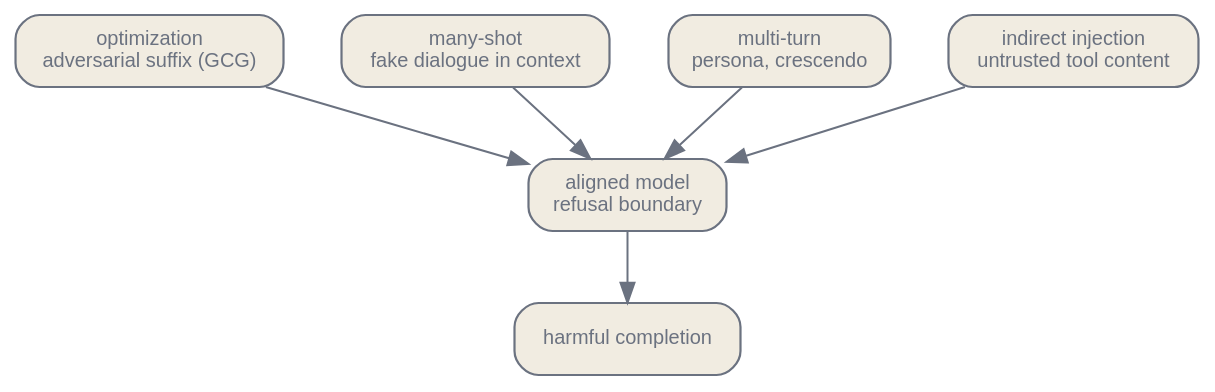
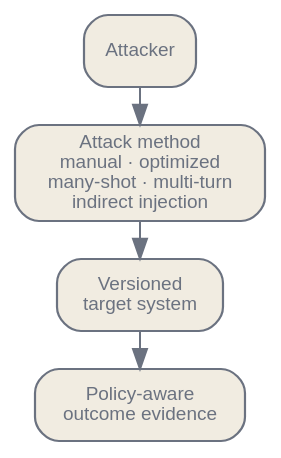
Before and after one commit to latere-ai/ai-as-an-infrastructure: the first of 2 diagrams in en/safety/05-adversarial-robustness.qmd, drawn with Graphviz. The commit also changed other lines of this file and 4 other files, not shown here.

````diff
--- a/en/safety/05-adversarial-robustness.qmd
+++ b/en/safety/05-adversarial-robustness.qmd
@@ -35,24 +78,20 @@
 ```{dot}
-//| label: fig-adv-taxonomy
-//| fig-cap: "Four jailbreak families, grouped by what each exploits. Optimization attacks search token space directly; many-shot attacks exploit the long-context window; multi-turn attacks exploit conversational state; indirect injection exploits the open input channel of a tool-using agent. Defenses below address different families, and none covers all four."
+//| label: fig-adv-attack-surfaces
+//| fig-cap: "Representative adversarial surfaces. The mechanisms can be combined, and prompt injection has a different objective from a jailbreak: it tries to make untrusted data control the application."
 digraph {
   bgcolor="transparent";
   rankdir=TB;
-  nodesep=0.4; ranksep=0.5;
-  node [shape=box, style="rounded,filled", fontname="Helvetica", fontsize=10, color="#6b7280", fontcolor="#6b7280", fillcolor="#f1ece1", penwidth=1.1];
-  edge [fontsize=10, fontname="Helvetica", color="#6b7280", fontcolor="#6b7280"];
+  nodesep=0.18; ranksep=0.26;
+  node [shape=box, style="rounded,filled", fontname="Helvetica", fontsize=9.5, color="#6b7280", fontcolor="#6b7280", fillcolor="#f1ece1", penwidth=1.1];
+  edge [fontsize=8.5, fontname="Helvetica", color="#6b7280", fontcolor="#6b7280"];
 
-  M [label="aligned model\nrefusal boundary"];
-  O [label="optimization\nadversarial suffix (GCG)"];
-  MS [label="many-shot\nfake dialogue in context"];
-  MT [label="multi-turn\npersona, crescendo"];
-  I [label="indirect injection\nuntrusted tool content"];
-  H [label="harmful completion"];
+  attacker [label="Attacker"];
+  methods [label="Attack method\nmanual · optimized\nmany-shot · multi-turn\nindirect injection"];
+  target [label="Versioned\ntarget system"];
+  evidence [label="Policy-aware\noutcome evidence"];
 
-  O -> M;
-  MS -> M;
-  MT -> M;
-  I -> M;
-  M -> H;
+  attacker -> methods;
+  methods -> target;
+  target -> evidence;
 }
 ```
````
